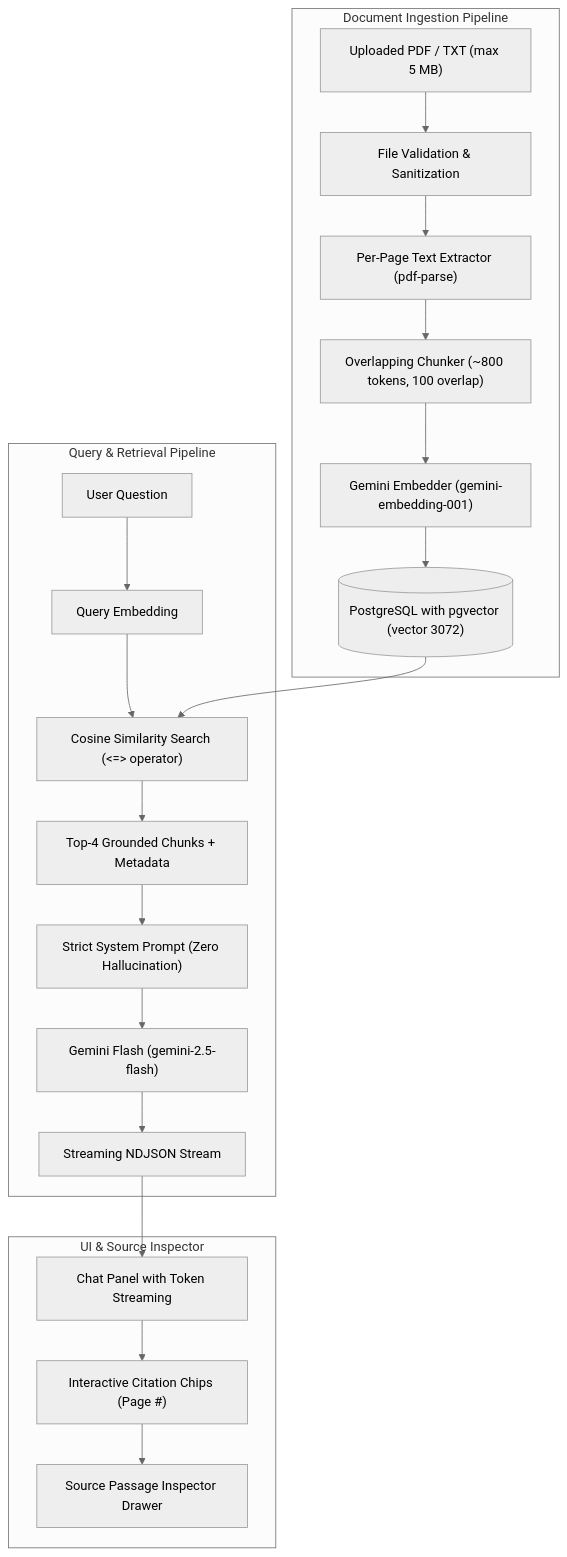
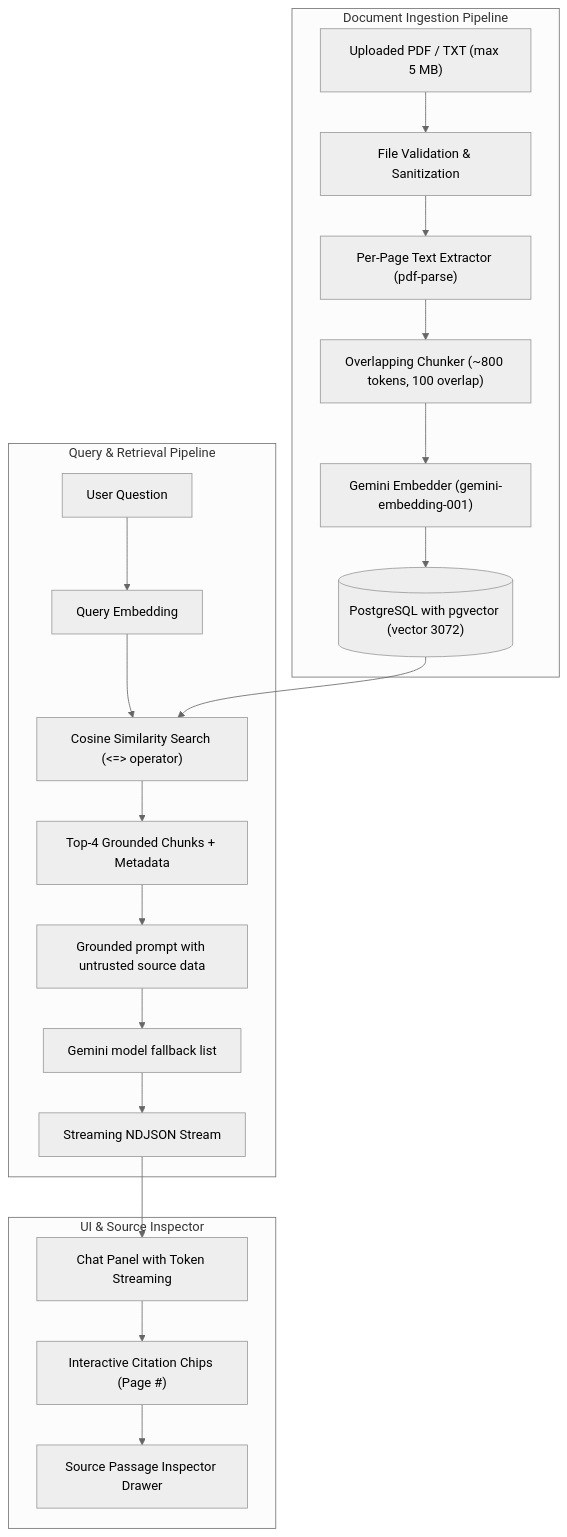
The diagram in README.md (TejaswiniCA/taskflow-ai-querynest), drawn with Mermaid (neutral theme) before and after one commit. The commit also changed other lines of this file and 38 other files, not shown here.

````diff
--- a/README.md
+++ b/README.md
@@ -13,26 +13,26 @@
 ```mermaid
 flowchart TD
     subgraph Ingestion["Document Ingestion Pipeline"]
         A["Uploaded PDF / TXT (max 5 MB)"] --> B["File Validation & Sanitization"]
         B --> C["Per-Page Text Extractor (pdf-parse)"]
         C --> D["Overlapping Chunker (~800 tokens, 100 overlap)"]
         D --> E["Gemini Embedder (gemini-embedding-001)"]
         E --> F[("PostgreSQL with pgvector (vector 3072)")]
     end
 
     subgraph Query["Query & Retrieval Pipeline"]
         G["User Question"] --> H["Query Embedding"]
         H --> I["Cosine Similarity Search (<=> operator)"]
         F --> I
         I --> J["Top-4 Grounded Chunks + Metadata"]
-        J --> K["Strict System Prompt (Zero Hallucination)"]
-        K --> L["Gemini Flash (gemini-2.5-flash)"]
+        J --> K["Grounded prompt with untrusted source data"]
+        K --> L["Gemini model fallback list"]
         L --> M["Streaming NDJSON Stream"]
     end
 
     subgraph Interface["UI & Source Inspector"]
         M --> N["Chat Panel with Token Streaming"]
         N --> O["Interactive Citation Chips (Page #)"]
         O --> P["Source Passage Inspector Drawer"]
     end
 ```
````
